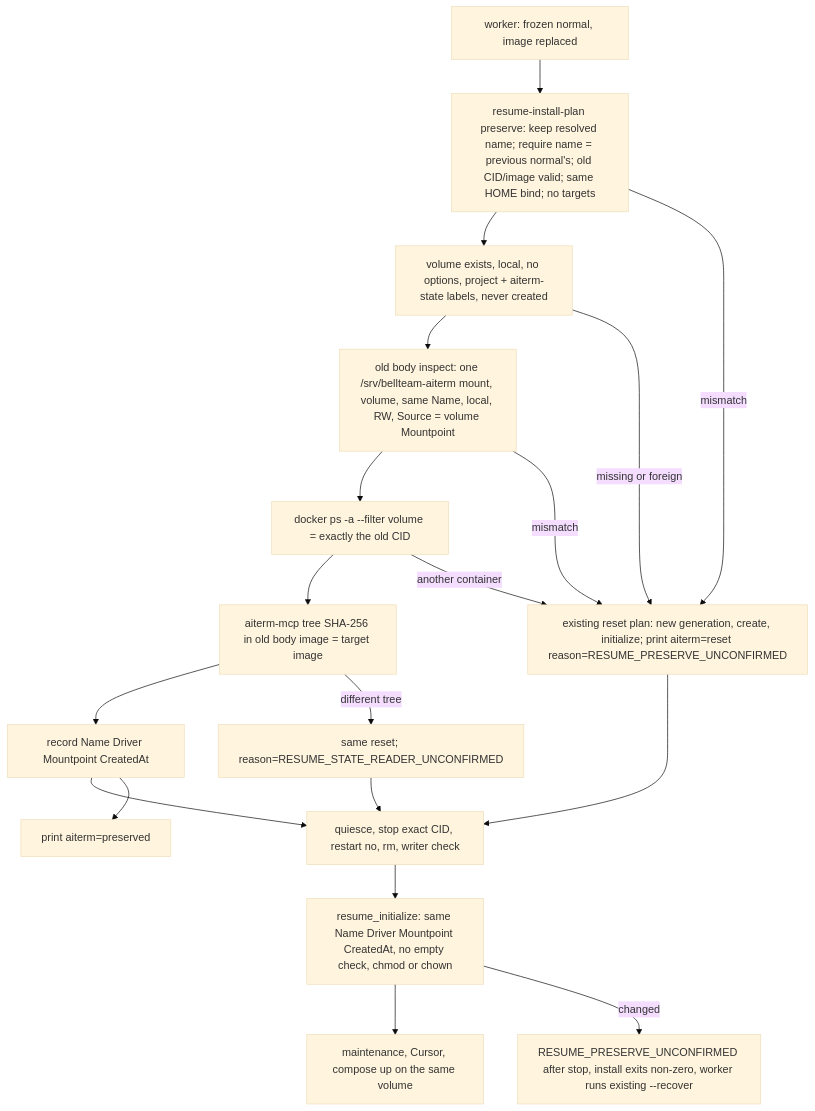
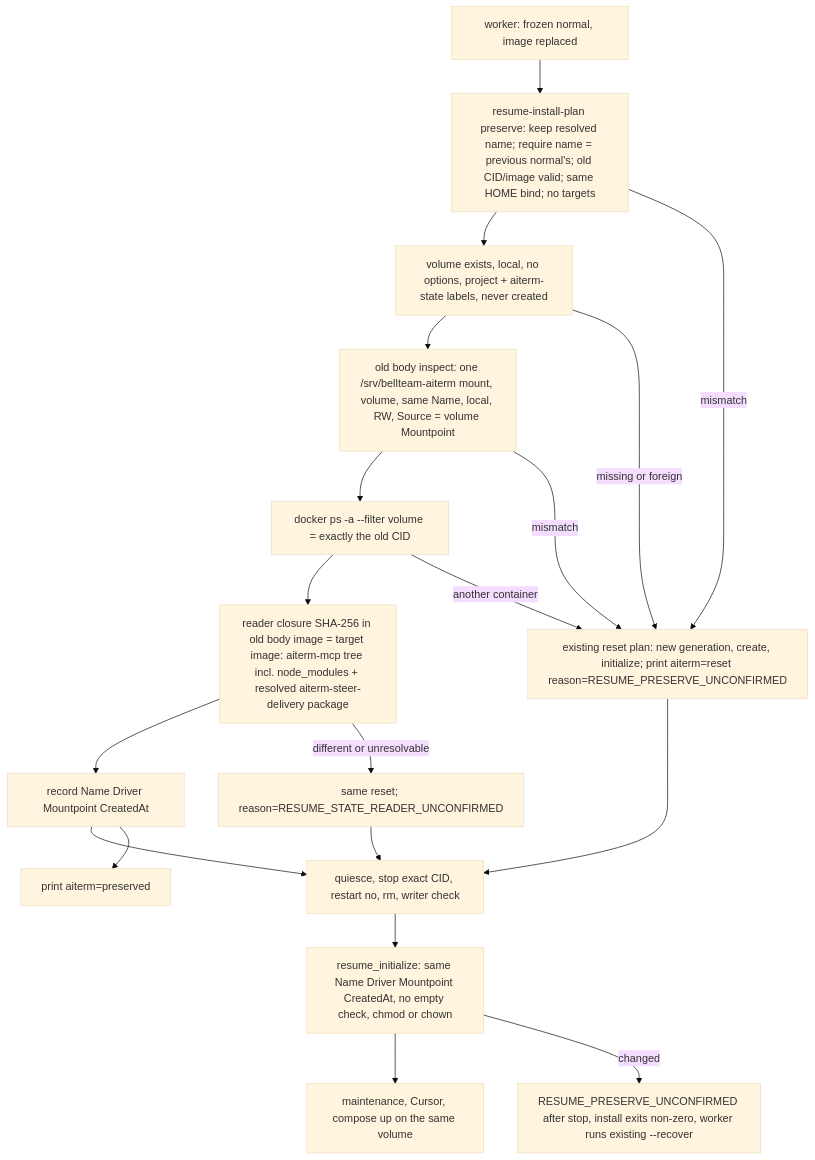
One commit to kitepon/BellTeam changed the sixth of 7 diagrams in docs/architecture/modules/runtime/container-update-bundled.md. Above: the diagram before and after it, drawn with Mermaid (base theme). The commit also changed other lines of this file and 2 other files, not shown here.

Commit message:
Hash the resolved aiterm-steer-delivery package in the preserve reader check
Elegg 2026-11-08: the identical-reader check must cover the effective
state-owning closure. resume_reader now also resolves aiterm-steer-delivery
from aiterm-mcp/dist with Node's resolver, hashes its location relative to
the tree, and hashes its package directory when it lies outside the
aiterm-mcp tree (node_modules stay included). An unresolvable package or a
failed reader computation resets with RESUME_STATE_READER_UNCONFIRMED.
The diagram states that a reset swap retains the old backing and that
--recover mounts that recorded previous backing.

````diff
--- a/docs/architecture/modules/runtime/container-update-bundled.md
+++ b/docs/architecture/modules/runtime/container-update-bundled.md
@@ -159,21 +159,21 @@
 ```mermaid
 flowchart TD
   Frozen["worker: frozen normal, image replaced"] --> Plan["resume-install-plan preserve: keep resolved name; require name = previous normal's; old CID/image valid; same HOME bind; no targets"]
   Plan --> Exists["volume exists, local, no options, project + aiterm-state labels, never created"]
   Exists --> Bind["old body inspect: one /srv/bellteam-aiterm mount, volume, same Name, local, RW, Source = volume Mountpoint"]
   Bind --> Only["docker ps -a --filter volume = exactly the old CID"]
-  Only --> Reader[aiterm-mcp tree SHA-256 in old body image = target image]
+  Only --> Reader["reader closure SHA-256 in old body image = target image: aiterm-mcp tree incl. node_modules + resolved aiterm-steer-delivery package"]
   Reader --> Record[record Name Driver Mountpoint CreatedAt]
   Record --> Stop[quiesce, stop exact CID, restart no, rm, writer check]
   Stop --> Recheck["resume_initialize: same Name Driver Mountpoint CreatedAt, no empty check, chmod or chown"]
   Recheck --> Up[maintenance, Cursor, compose up on the same volume]
   Plan -->|mismatch| Reset["existing reset plan: new generation, create, initialize; print aiterm=reset reason=RESUME_PRESERVE_UNCONFIRMED"]
   Exists -->|missing or foreign| Reset
   Bind -->|mismatch| Reset
   Only -->|another container| Reset
-  Reader -->|different tree| ResetReader["same reset; reason=RESUME_STATE_READER_UNCONFIRMED"]
+  Reader -->|different or unresolvable| ResetReader["same reset; reason=RESUME_STATE_READER_UNCONFIRMED"]
   Record --> Preserved["print aiterm=preserved"]
   Reset --> Stop
   ResetReader --> Stop
   Recheck -->|changed| Halted["RESUME_PRESERVE_UNCONFIRMED after stop, install exits non-zero, worker runs existing --recover"]
 ```
````
